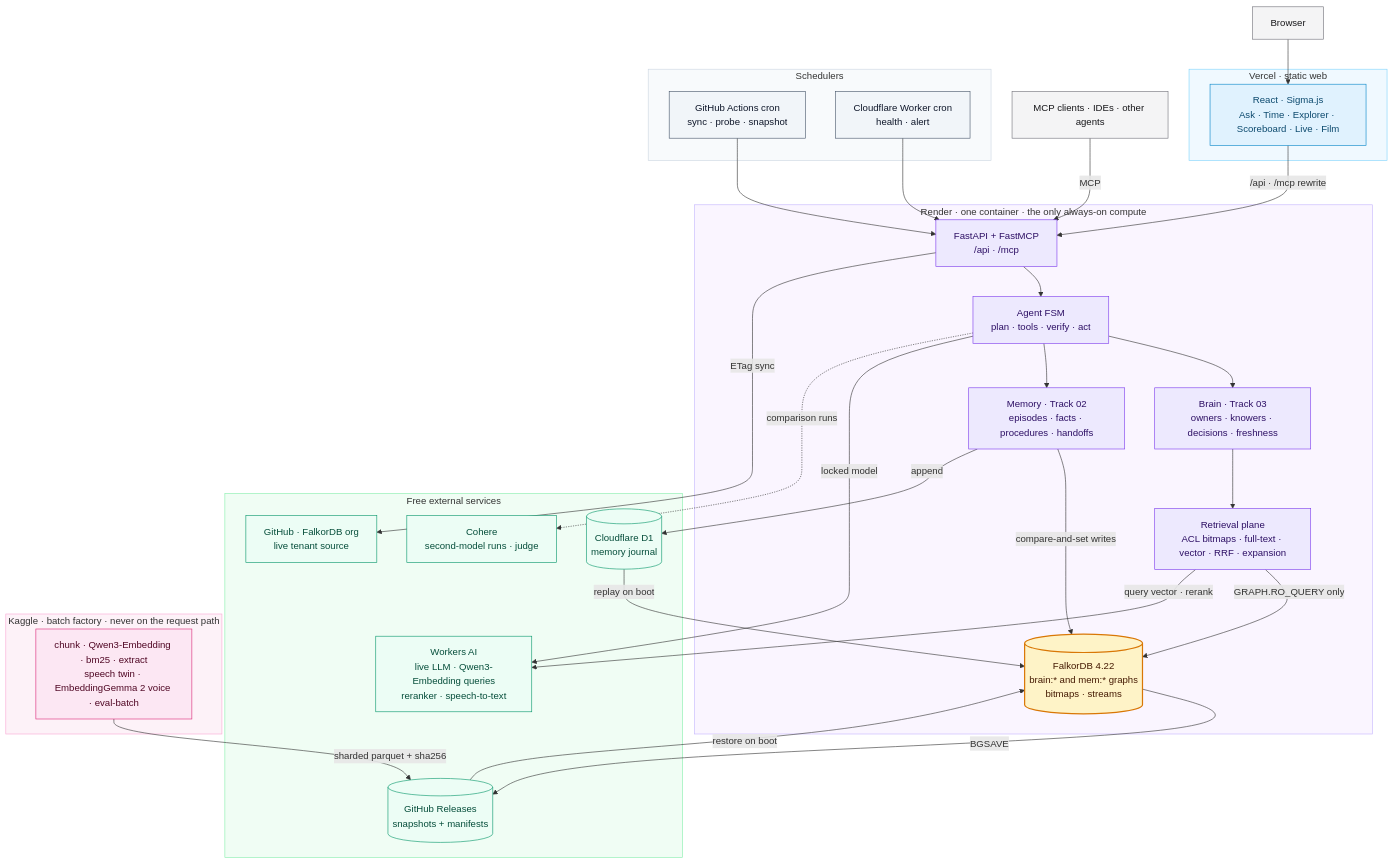
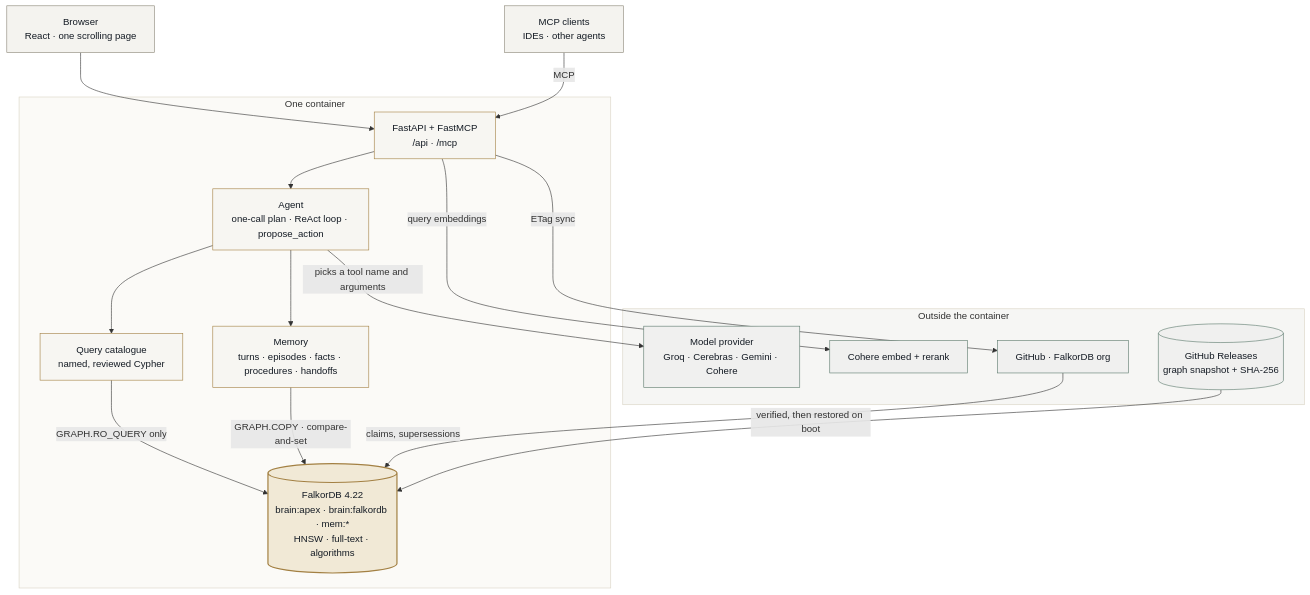
Before and after one commit to simon-derock/constellation: the second of 5 diagrams in README.md, drawn with Mermaid. The commit also changed other lines of this file and 1 other file, not shown here.

First line of the commit message:
Rewrite the README around the graph that is actually built

````diff
--- a/README.md
+++ b/README.md
@@ -39,70 +84,40 @@
 ```mermaid
 flowchart TB
-  U["Browser"]:::client
-  MC["MCP clients · IDEs · other agents"]:::client
+  U["Browser<br/>React · one scrolling page"]:::client
+  MC["MCP clients<br/>IDEs · other agents"]:::client
 
-  subgraph EDGE["Vercel · static web"]
-    UI["React · Sigma.js<br/>Ask · Time · Explorer · Scoreboard · Live · Film"]:::edge
+  subgraph CORE["One container"]
+    API["FastAPI + FastMCP<br/>/api · /mcp"]:::core
+    AG["Agent<br/>one-call plan · ReAct loop · propose_action"]:::core
+    CAT["Query catalogue<br/>named, reviewed Cypher"]:::core
+    MEM["Memory<br/>turns · episodes · facts · procedures · handoffs"]:::core
+    FDB[("FalkorDB 4.22<br/>brain:apex · brain:falkordb · mem:*<br/>HNSW · full-text · algorithms")]:::db
   end
 
-  subgraph CORE["Render · one container · the only always-on compute"]
-    API["FastAPI + FastMCP<br/>/api · /mcp"]:::core
-    AG["Agent FSM<br/>plan · tools · verify · act"]:::core
-    BR["Brain · Track 03<br/>owners · knowers · decisions · freshness"]:::core
-    MEM["Memory · Track 02<br/>episodes · facts · procedures · handoffs"]:::core
-    RT["Retrieval plane<br/>ACL bitmaps · full-text · vector · RRF · expansion"]:::core
-    FDB[("FalkorDB 4.22<br/>brain:* and mem:* graphs<br/>bitmaps · streams")]:::db
+  subgraph EXT["Outside the container"]
+    LLM["Model provider<br/>Groq · Cerebras · Gemini · Cohere"]:::ext
+    EMB["Cohere embed + rerank"]:::ext
+    GH["GitHub · FalkorDB org"]:::ext
+    SNAP[("GitHub Releases<br/>graph snapshot + SHA-256")]:::ext
   end
 
-  subgraph EXT["Free external services"]
-    WAI["Workers AI<br/>live LLM · Qwen3-Embedding queries<br/>reranker · speech-to-text"]:::ext
-    CO["Cohere<br/>second-model runs · judge"]:::ext
-    GH["GitHub · FalkorDB org<br/>live tenant source"]:::ext
-    SNAP[("GitHub Releases<br/>snapshots + manifests")]:::store
-    JRN[("Cloudflare D1<br/>memory journal")]:::store
-  end
-
-  subgraph BATCH["Kaggle · batch factory · never on the request path"]
-    JOBS["chunk · Qwen3-Embedding · bm25 · extract<br/>speech twin · EmbeddingGemma 2 voice · eval-batch"]:::batch
-  end
-
-  subgraph SCHED["Schedulers"]
-    GHA["GitHub Actions cron<br/>sync · probe · snapshot"]:::sched
-    CFW["Cloudflare Worker cron<br/>health · alert"]:::sched
-  end
-
-  U --> UI
-  UI -->|"/api · /mcp rewrite"| API
+  U --> API
   MC -->|"MCP"| API
   API --> AG
-  AG --> BR
+  AG -->|"picks a tool name and arguments"| LLM
+  AG --> CAT
+  CAT -->|"GRAPH.RO_QUERY only"| FDB
   AG --> MEM
-  BR --> RT
-  RT -->|"GRAPH.RO_QUERY only"| FDB
-  MEM -->|"compare-and-set writes"| FDB
-  MEM -->|"append"| JRN
-  AG -->|"locked model"| WAI
-  AG -.->|"comparison runs"| CO
-  RT -->|"query vector · rerank"| WAI
+  MEM -->|"GRAPH.COPY · compare-and-set"| FDB
+  API -->|"query embeddings"| EMB
   API -->|"ETag sync"| GH
-  JOBS -->|"sharded parquet + sha256"| SNAP
-  SNAP -->|"restore on boot"| FDB
-  JRN -->|"replay on boot"| FDB
-  FDB -->|"BGSAVE"| SNAP
-  GHA --> API
-  CFW --> API
+  GH -->|"claims, supersessions"| FDB
+  SNAP -->|"verified, then restored on boot"| FDB
 
-  classDef client fill:#f4f4f5,stroke:#71717a,color:#18181b
-  classDef edge fill:#e0f2fe,stroke:#0284c7,color:#0c4a6e
-  classDef core fill:#ede9fe,stroke:#7c3aed,color:#2e1065
-  classDef db fill:#fef3c7,stroke:#d97706,color:#451a03,stroke-width:2px
-  classDef ext fill:#ecfdf5,stroke:#059669,color:#064e3b
-  classDef store fill:#ecfdf5,stroke:#059669,color:#064e3b
-  classDef batch fill:#fce7f3,stroke:#db2777,color:#500724
-  classDef sched fill:#f1f5f9,stroke:#475569,color:#0f172a
-  style EDGE fill:#f0f9ff,stroke:#7dd3fc
-  style CORE fill:#faf5ff,stroke:#c4b5fd
-  style EXT fill:#f0fdf4,stroke:#86efac
-  style BATCH fill:#fdf2f8,stroke:#f9a8d4
-  style SCHED fill:#f8fafc,stroke:#cbd5e1
+  classDef client fill:#f4f3ef,stroke:#8a8577,color:#141b24
+  classDef core fill:#f7f6f2,stroke:#a38043,color:#141b24
+  classDef db fill:#f1e9d6,stroke:#a38043,color:#141b24,stroke-width:2px
+  classDef ext fill:#f0f0ef,stroke:#5c796c,color:#141b24
+  style CORE fill:#fbfaf7,stroke:#d9d3c4
+  style EXT fill:#f6f6f4,stroke:#d9d3c4
 ```
````
